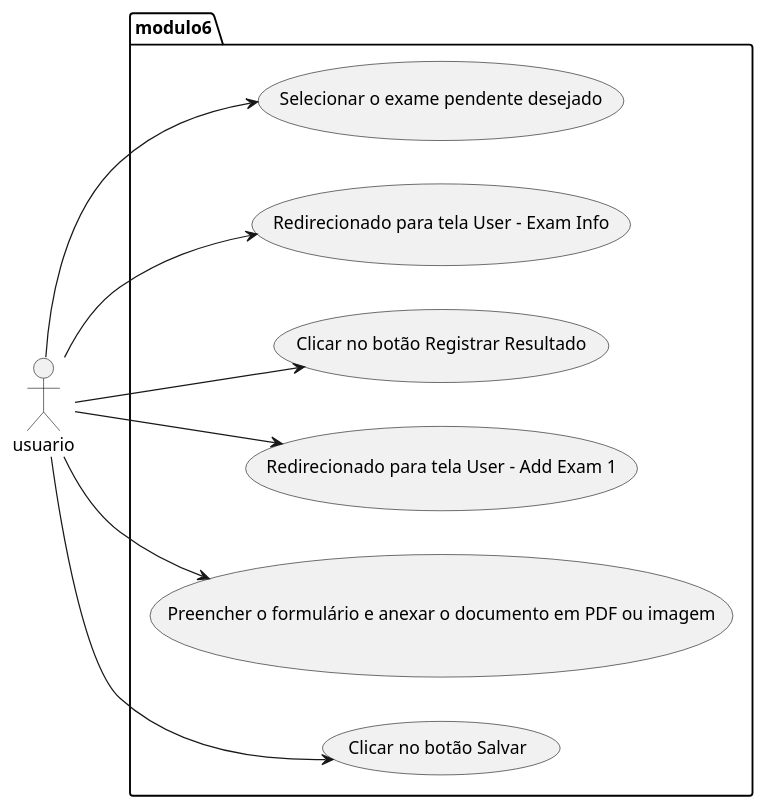
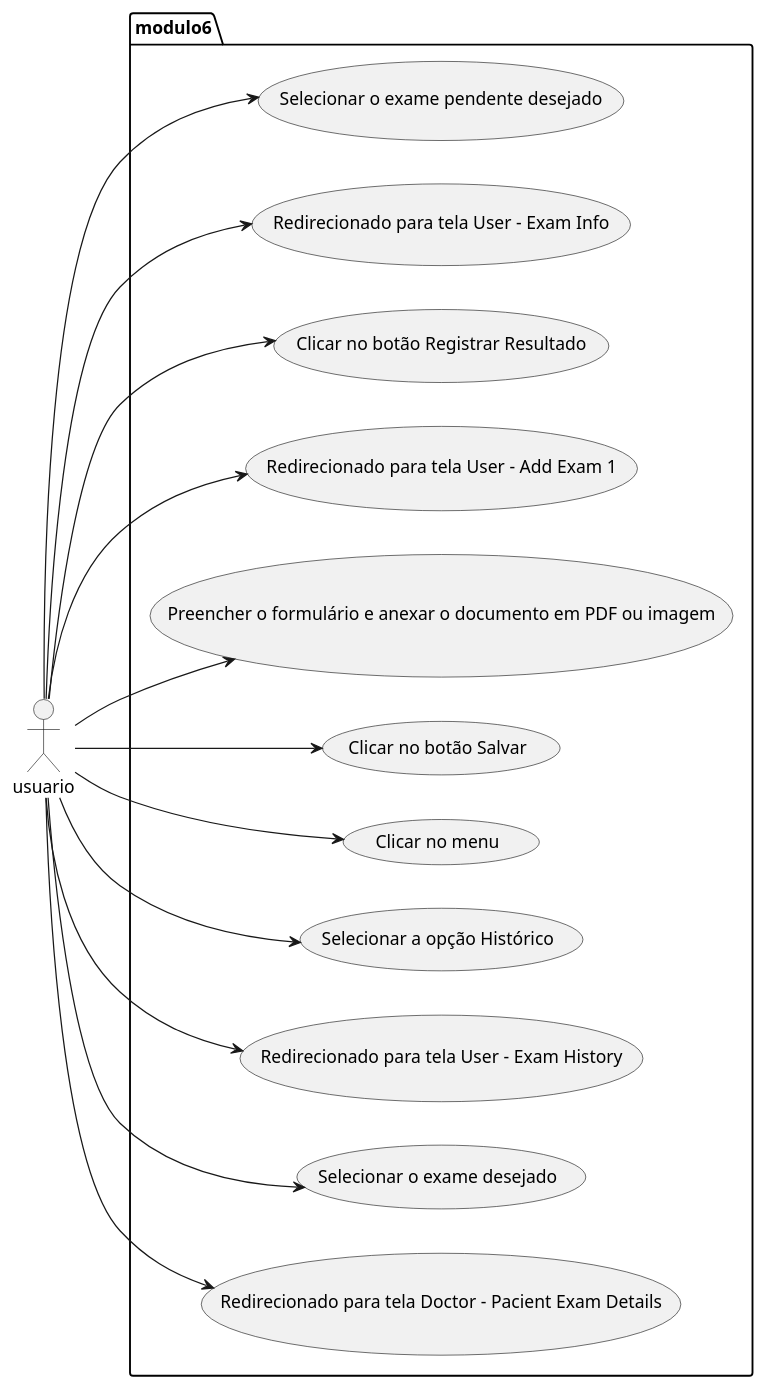
One commit to PaperClip-Computer/modulo6 changed the diagram in diagramas/casos-de-uso/usuario.plantuml. Above: the diagram before and after it, drawn with PlantUML. The commit also changed 1 other file, not shown here.

```diff
--- a/diagramas/casos-de-uso/usuario.plantuml
+++ b/diagramas/casos-de-uso/usuario.plantuml
@@ -1,20 +1,31 @@
 @startuml usuário
 
 left to right direction
 actor usuario as u
 package modulo6 {
   usecase "Selecionar o exame pendente desejado" as UC1
   usecase "Redirecionado para tela User - Exam Info" as UC2
   usecase "Clicar no botão Registrar Resultado" as UC3
   usecase "Redirecionado para tela User - Add Exam 1" as UC4
   usecase "Preencher o formulário e anexar o documento em PDF ou imagem" as UC5
   usecase "Clicar no botão Salvar" as UC6
+  usecase "Clicar no menu" as UC7
+  usecase "Selecionar a opção Histórico" as UC8
+  usecase "Redirecionado para tela User - Exam History" as UC9
+  usecase "Selecionar o exame desejado" as UC10
+  usecase "Redirecionado para tela Doctor - Pacient Exam Details" as UC11
 }
+
 u --> UC1
 u --> UC2
 u --> UC3
 u --> UC4
 u --> UC5
 u --> UC6
+u --> UC7
+u --> UC8
+u --> UC9
+u --> UC10
+u --> UC11
 
 @enduml
```
